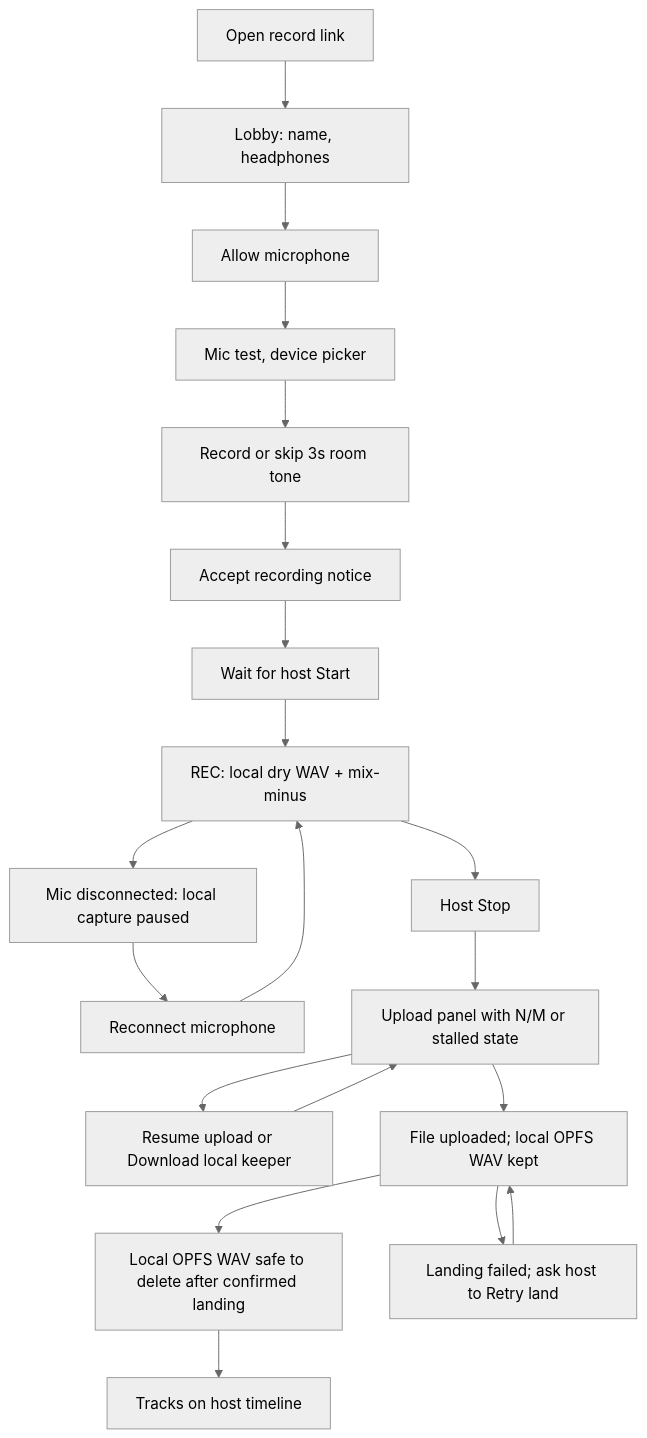
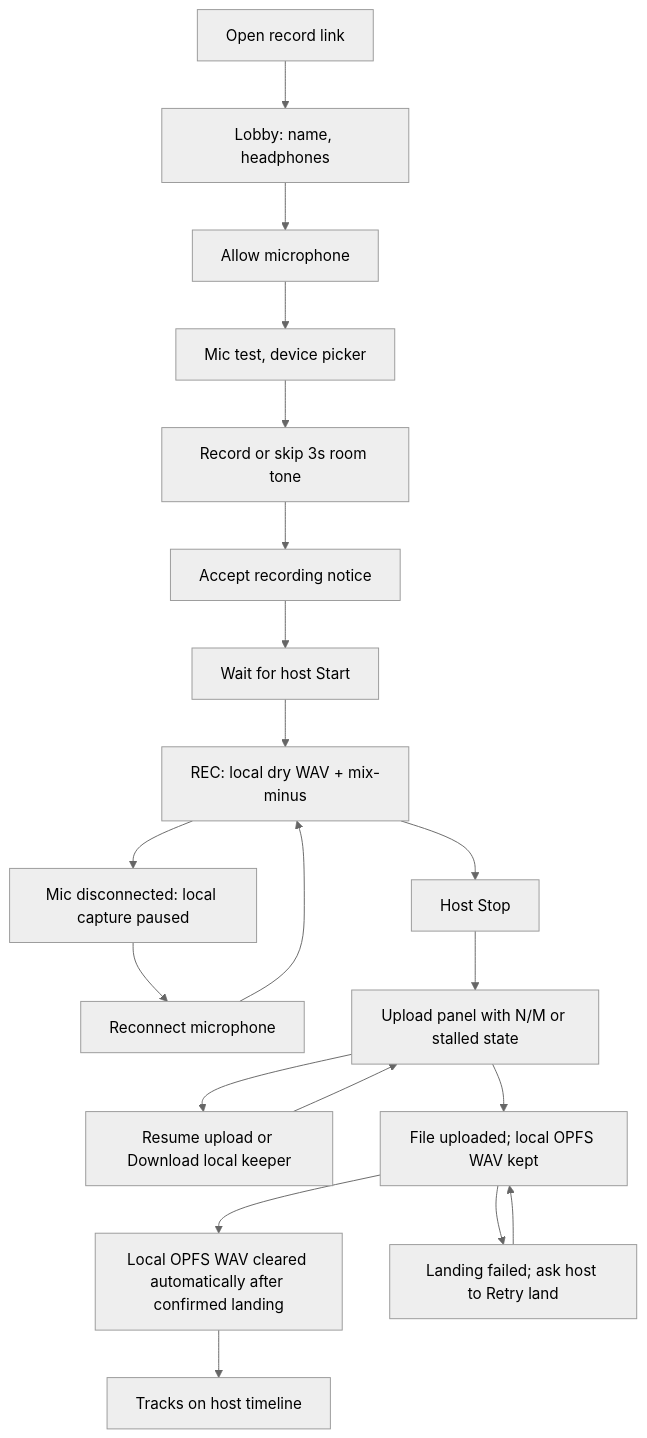
The fifth of 6 diagrams in ux/pages/guest-journeys.md (calebn/sharecut-studio), drawn with Mermaid (neutral theme) before and after one commit. The commit also changed other lines of this file and 17 other files, not shown here.

````diff
--- a/ux/pages/guest-journeys.md
+++ b/ux/pages/guest-journeys.md
@@ -126,22 +126,22 @@
 ```mermaid
 flowchart TD
   open[Open record link] --> lobby[Lobby: name, headphones]
   lobby --> devices[Allow microphone]
   devices --> mic[Mic test, device picker]
   mic --> roomTone[Record or skip 3s room tone]
   roomTone --> consent[Accept recording notice]
   consent --> wait[Wait for host Start]
   wait --> rec[REC: local dry WAV + mix-minus]
   rec --> lost[Mic disconnected: local capture paused]
   lost --> reconnect[Reconnect microphone]
   reconnect --> rec
   rec --> stop[Host Stop]
   stop --> upload[Upload panel with N/M or stalled state]
   upload --> recovery[Resume upload or Download local keeper]
   recovery --> upload
   upload --> staged[File uploaded; local OPFS WAV kept]
-  staged --> opfs[Local OPFS WAV safe to delete after confirmed landing]
+  staged --> opfs[Local OPFS WAV cleared automatically after confirmed landing]
   staged --> failed[Landing failed; ask host to Retry land]
   failed --> staged
   opfs --> done[Tracks on host timeline]
 ```
````
